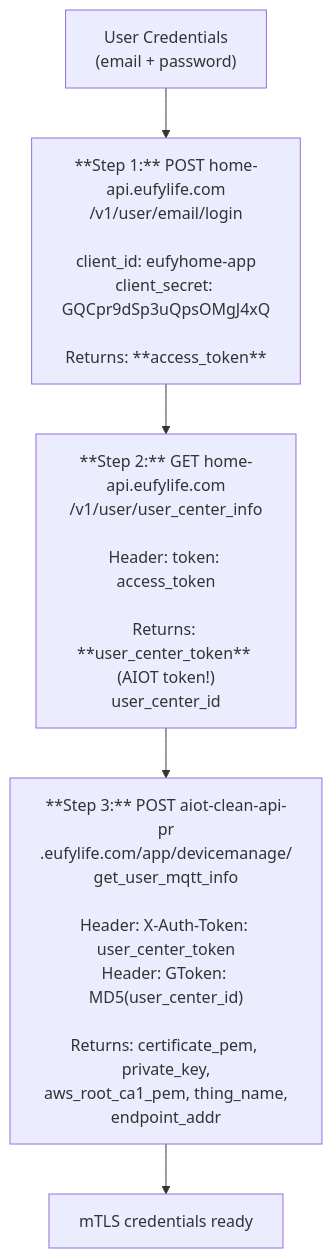
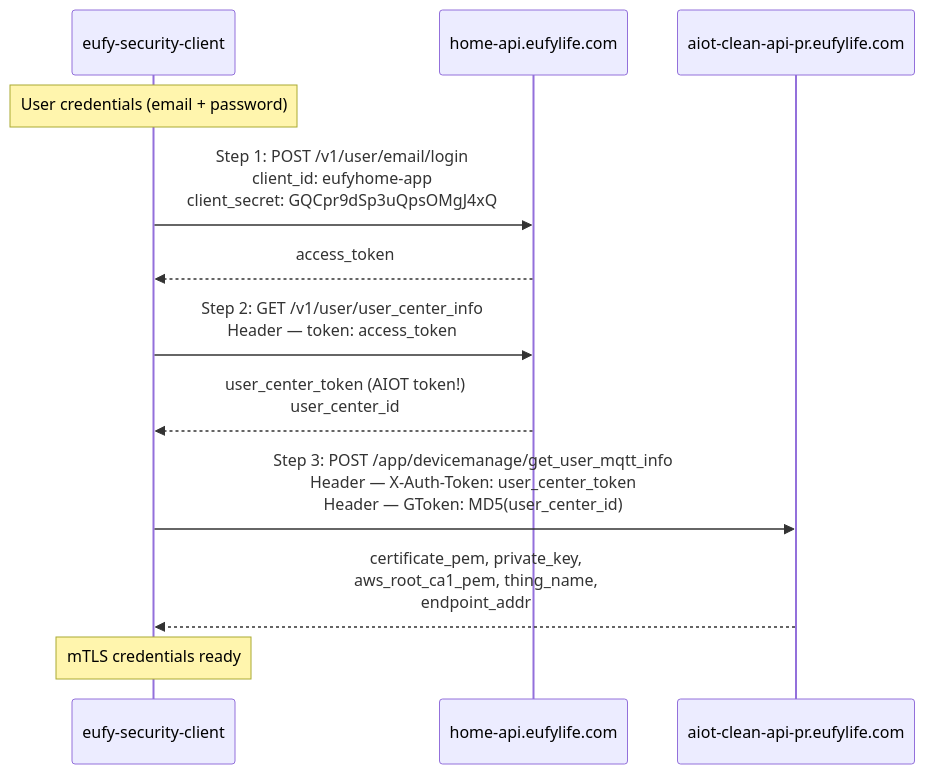
The second of 3 diagrams in dev-docs/t85d0-smart-lock-protocol.md (bropat/eufy-security-client), drawn with Mermaid before and after one commit. The commit also changed other lines of this file, not shown here.

Commit message:
Fix Mermaid diagrams: use <br/> for line breaks, convert auth flow to sequence diagram

````diff
--- a/dev-docs/t85d0-smart-lock-protocol.md
+++ b/dev-docs/t85d0-smart-lock-protocol.md
@@ -198,18 +198,19 @@
 ```mermaid
-flowchart TD
-    Creds["User Credentials\n(email + password)"]
+sequenceDiagram
+    participant Client as eufy-security-client
+    participant EufyHome as home-api.eufylife.com
+    participant AIOT as aiot-clean-api-pr.eufylife.com
 
-    Creds --> Step1
+    Note over Client: User credentials (email + password)
 
-    Step1["**Step 1:** POST home-api.eufylife.com\n/v1/user/email/login\n\nclient_id: eufyhome-app\nclient_secret: GQCpr9dSp3uQpsOMgJ4xQ\n\nReturns: **access_token**"]
+    Client->>EufyHome: Step 1: POST /v1/user/email/login<br/>client_id: eufyhome-app<br/>client_secret: GQCpr9dSp3uQpsOMgJ4xQ
+    EufyHome-->>Client: access_token
 
-    Step1 --> Step2
+    Client->>EufyHome: Step 2: GET /v1/user/user_center_info<br/>Header — token: access_token
+    EufyHome-->>Client: user_center_token (AIOT token!)<br/>user_center_id
 
-    Step2["**Step 2:** GET home-api.eufylife.com\n/v1/user/user_center_info\n\nHeader: token: access_token\n\nReturns: **user_center_token** (AIOT token!)\nuser_center_id"]
+    Client->>AIOT: Step 3: POST /app/devicemanage/get_user_mqtt_info<br/>Header — X-Auth-Token: user_center_token<br/>Header — GToken: MD5(user_center_id)
+    AIOT-->>Client: certificate_pem, private_key,<br/>aws_root_ca1_pem, thing_name,<br/>endpoint_addr
 
-    Step2 --> Step3
-
-    Step3["**Step 3:** POST aiot-clean-api-pr\n.eufylife.com/app/devicemanage/\nget_user_mqtt_info\n\nHeader: X-Auth-Token: user_center_token\nHeader: GToken: MD5(user_center_id)\n\nReturns: certificate_pem, private_key,\naws_root_ca1_pem, thing_name,\nendpoint_addr"]
-
-    Step3 --> Ready["mTLS credentials ready"]
+    Note over Client: mTLS credentials ready
 ```
````
